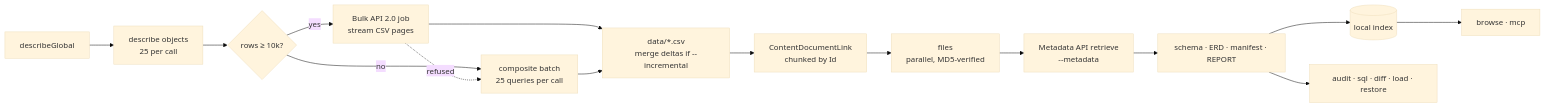
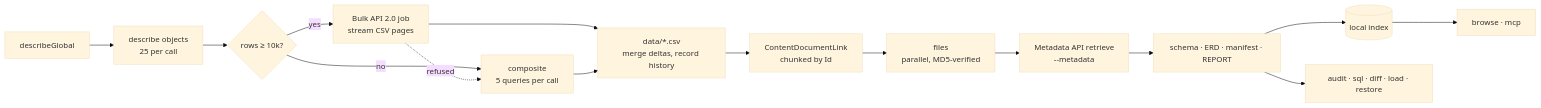
Before and after one commit to akhsterminator/sf-exit: the diagram in README.md, drawn with Mermaid (base theme). The commit also changed other lines of this file and 46 other files, not shown here.

````diff
--- a/README.md
+++ b/README.md
@@ -189,16 +206,16 @@
 ```mermaid
 flowchart LR
   A[describeGlobal] --> B[describe objects<br/>25 per call]
   B --> C{rows ≥ 10k?}
   C -- yes --> D[Bulk API 2.0 job<br/>stream CSV pages]
-  C -- no --> E[composite batch<br/>25 queries per call]
+  C -- no --> E[composite<br/>5 queries per call]
   D -. refused .-> E
-  D & E --> F[data/*.csv<br/>merge deltas if --incremental]
+  D & E --> F[data/*.csv<br/>merge deltas, record history]
   F --> G[ContentDocumentLink<br/>chunked by Id]
   G --> H[files<br/>parallel, MD5-verified]
   H --> M[Metadata API retrieve<br/>--metadata]
   M --> I[schema · ERD · manifest · REPORT]
   I --> J[(local index)]
   J --> K[browse · mcp]
   I --> L[audit · sql · diff · load · restore]
 ```
````
